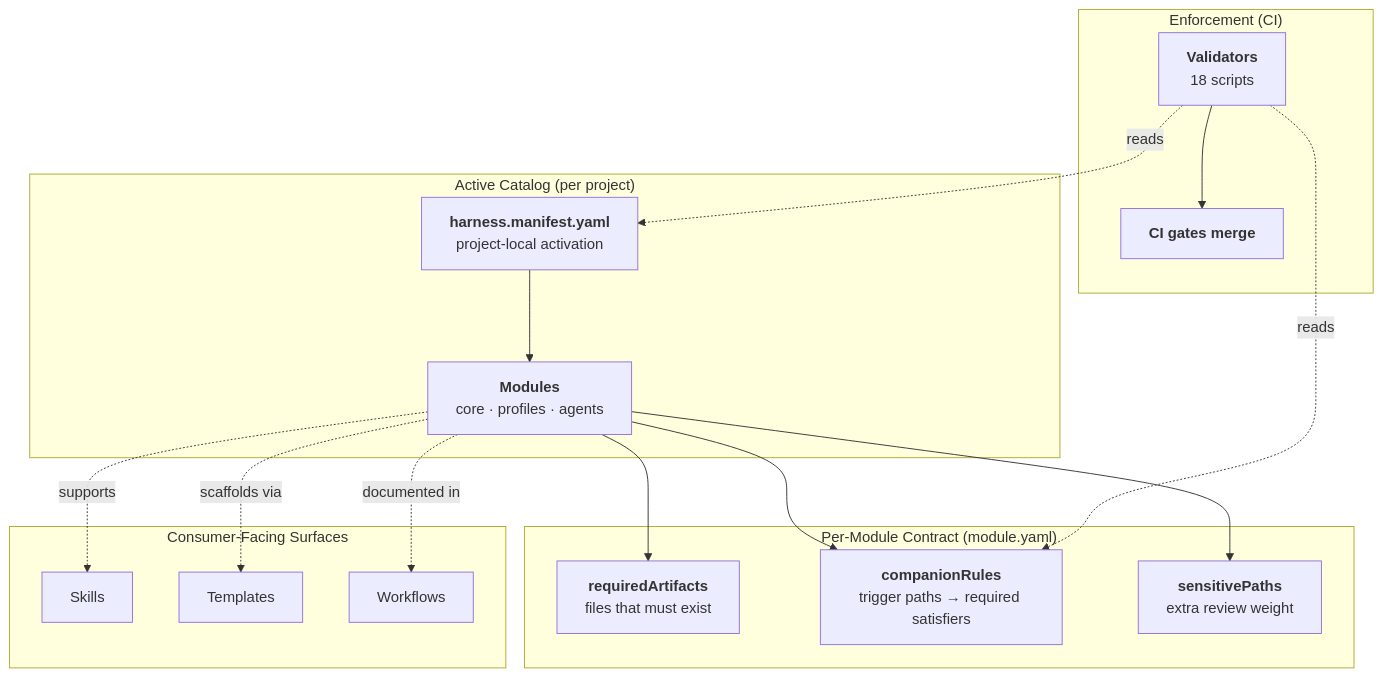
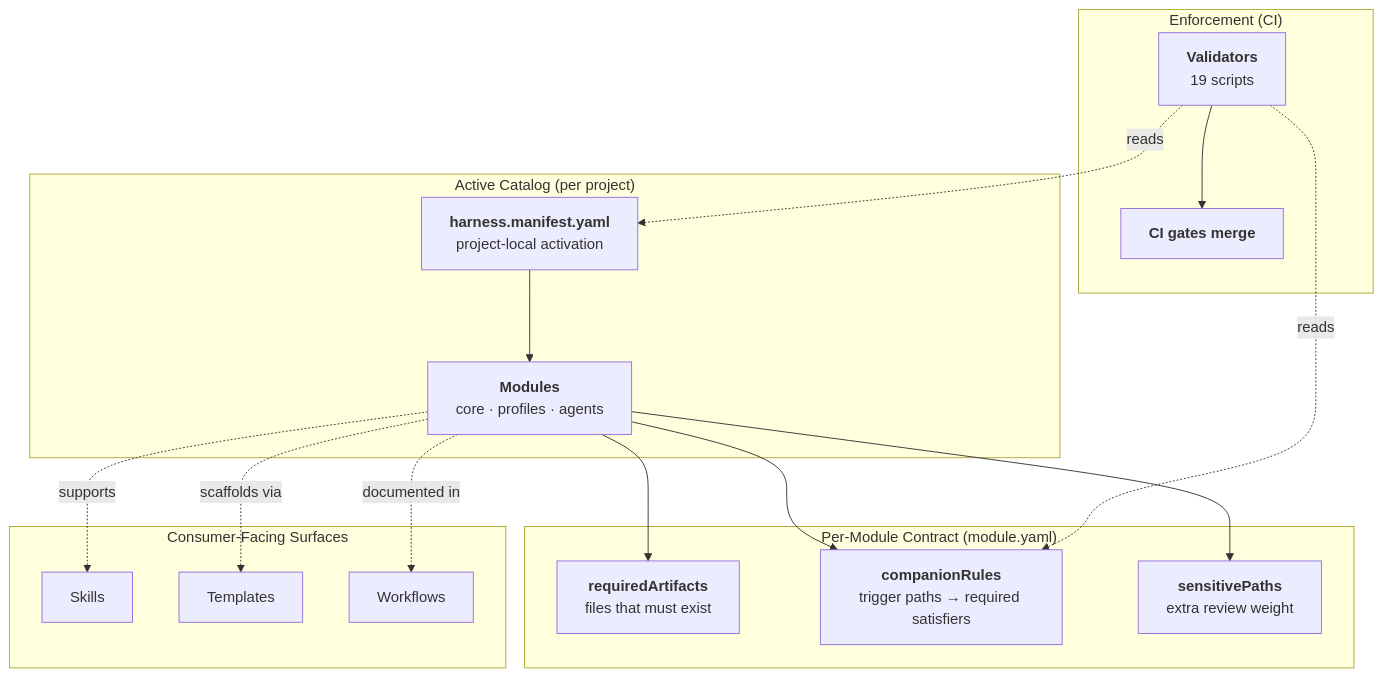
The diagram in README.md (unclenate/auto-harness), drawn with Mermaid before and after one commit. The commit also changed other lines of this file and 16 other files, not shown here.

````diff
--- a/README.md
+++ b/README.md
@@ -131,31 +131,31 @@
 ```mermaid
 flowchart TD
     Manifest["<b>harness.manifest.yaml</b><br/>project-local activation"]
 
     subgraph CATALOG["Active Catalog (per project)"]
         Manifest --> Modules["<b>Modules</b><br/>core · profiles · agents"]
     end
 
     subgraph CONTRACT["Per-Module Contract (module.yaml)"]
         Modules --> Required["<b>requiredArtifacts</b><br/>files that must exist"]
         Modules --> Companions["<b>companionRules</b><br/>trigger paths → required satisfiers"]
         Modules --> Sensitive["<b>sensitivePaths</b><br/>extra review weight"]
     end
 
     subgraph ENFORCE["Enforcement (CI)"]
-        Validators["<b>Validators</b><br/>18 scripts"]
+        Validators["<b>Validators</b><br/>19 scripts"]
         Validators -.reads.-> Manifest
         Validators -.reads.-> Companions
         Validators --> CIGate["<b>CI gates merge</b>"]
     end
 
     subgraph SURFACE["Consumer-Facing Surfaces"]
         Skills["Skills"]
         Templates["Templates"]
         Workflows["Workflows"]
     end
 
     Modules -.supports.-> Skills
     Modules -.scaffolds via.-> Templates
     Modules -.documented in.-> Workflows
 ```
````
